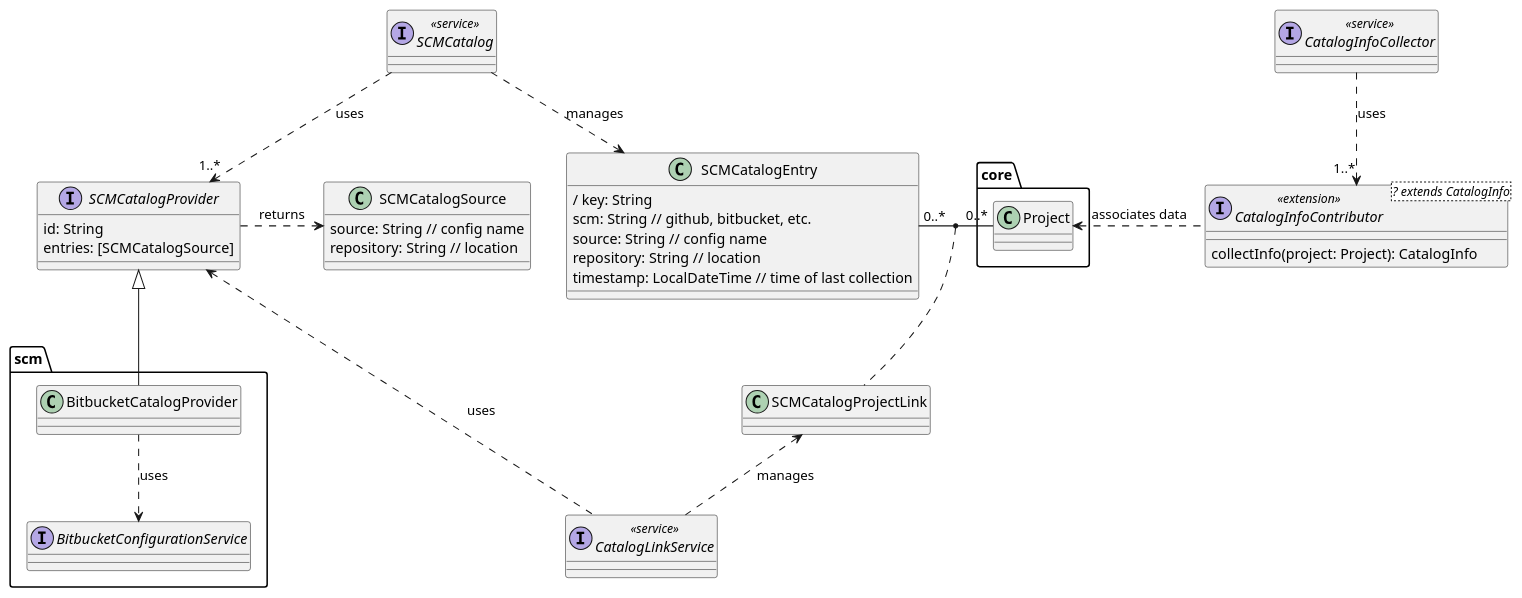
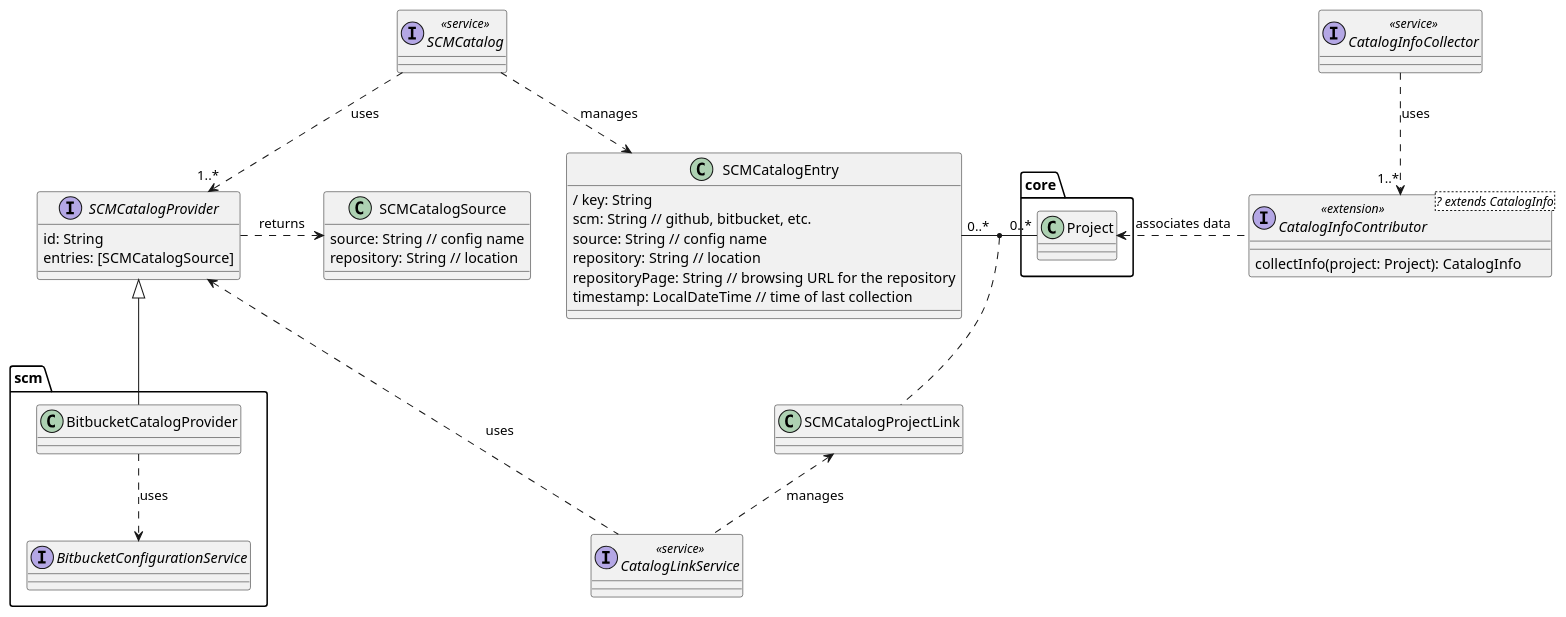
The diagram in ontrack-docs/src/docs/asciidoc/catalog-model.puml (nemerosa/ontrack), drawn with PlantUML before and after one commit. The commit also changed 5 other files, not shown here.

Commit message:
[catalog] Repository page

```diff
--- a/ontrack-docs/src/docs/asciidoc/catalog-model.puml
+++ b/ontrack-docs/src/docs/asciidoc/catalog-model.puml
@@ -1,64 +1,65 @@
 @startuml
 
 package core {
     class Project
 }
 
 interface SCMCatalogProvider {
     id: String
     entries: [SCMCatalogSource]
 }
 
 interface SCMCatalog <<service>>
 
 SCMCatalog ..> SCMCatalogEntry: manages
 
 SCMCatalog ..> SCMCatalogProvider: uses "1..*"
 
 class SCMCatalogSource {
     source: String // config name
     repository: String // location
 }
 
 SCMCatalogProvider .right.> SCMCatalogSource: returns
 
 class SCMCatalogEntry {
     / key: String
     scm: String // github, bitbucket, etc.
     source: String // config name
     repository: String // location
+    repositoryPage: String // browsing URL for the repository
     timestamp: LocalDateTime // time of last collection
 }
 
 class SCMCatalogProjectLink
 
 
 SCMCatalogEntry "0..*" - "0..*" Project
 
 (SCMCatalogEntry, Project) .. SCMCatalogProjectLink
 
 interface CatalogLinkService <<service>>
 
 CatalogLinkService .up.> SCMCatalogProjectLink: manages
 
 CatalogLinkService .up.> SCMCatalogProvider: uses
 
 interface CatalogInfoContributor<? extends CatalogInfo> <<extension>> {
     collectInfo(project: Project): CatalogInfo
 }
 
 CatalogInfoContributor .left.> Project: associates data
 
 interface CatalogInfoCollector <<service>>
 
 CatalogInfoCollector ..> CatalogInfoContributor: uses "1..*"
 
 package scm {
     interface BitbucketConfigurationService
     class BitbucketCatalogProvider
 
     BitbucketCatalogProvider -up-|> SCMCatalogProvider
     BitbucketCatalogProvider .down.> BitbucketConfigurationService: uses
 }
 
 @enduml
```
